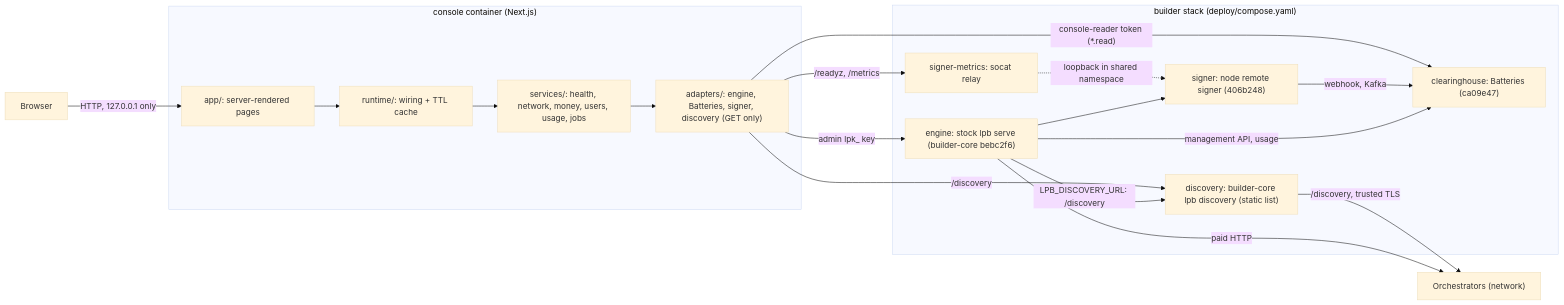
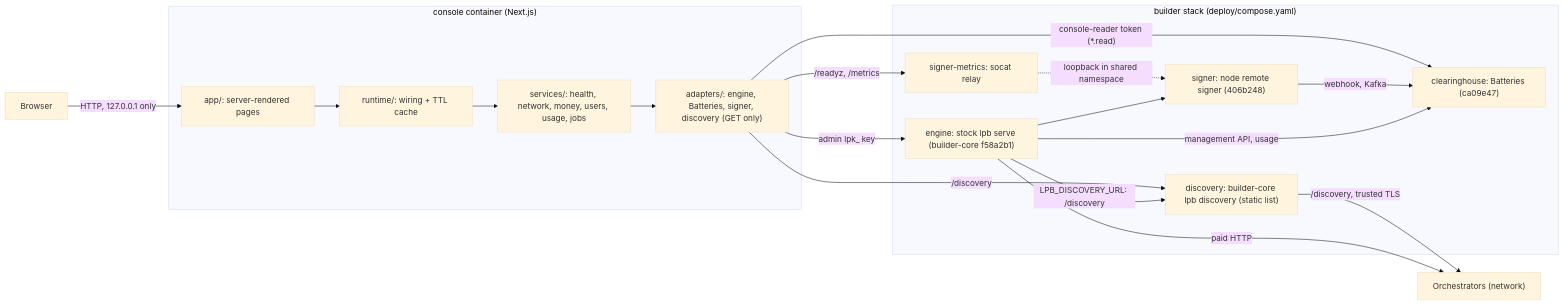
One commit to NE-Build-Track/builder-core-console changed the first of 2 diagrams in ARCHITECTURE.md. Above: the diagram before and after it, drawn with Mermaid (base theme). The commit also changed 13 other files, not shown here.

First line of the commit message:
feat(operator): already_provisioned, and re-pin builder-core f58a2b1 (#76)

````diff
--- a/ARCHITECTURE.md
+++ b/ARCHITECTURE.md
@@ -9,27 +9,27 @@
 ```mermaid
 flowchart LR
     Browser["Browser"]
     subgraph Console["console container (Next.js)"]
         Pages["app/: server-rendered pages"]
         RT["runtime/: wiring + TTL cache"]
         SVC["services/: health, network, money, users, usage, jobs"]
         AD["adapters/: engine, Batteries, signer, discovery (GET only)"]
     end
     subgraph Stack["builder stack (deploy/compose.yaml)"]
-        Engine["engine: stock lpb serve (builder-core bebc2f6)"]
+        Engine["engine: stock lpb serve (builder-core f58a2b1)"]
         Bat["clearinghouse: Batteries (ca09e47)"]
         Signer["signer: node remote signer (406b248)"]
         Relay["signer-metrics: socat relay"]
         Disc["discovery: builder-core lpb discovery (static list)"]
     end
     Orch["Orchestrators (network)"]
     Browser -->|"HTTP, 127.0.0.1 only"| Pages --> RT --> SVC --> AD
     AD -->|"admin lpk_ key"| Engine
     AD -->|"console-reader token (*.read)"| Bat
     AD -->|"/discovery"| Disc
     AD -->|"/readyz, /metrics"| Relay -.->|"loopback in shared namespace"| Signer
     Engine --> Signer -->|"webhook, Kafka"| Bat
     Engine -->|"LPB_DISCOVERY_URL: /discovery"| Disc -->|"/discovery, trusted TLS"| Orch
     Engine -->|"paid HTTP"| Orch
     Engine -->|"management API, usage"| Bat
 ```
````
